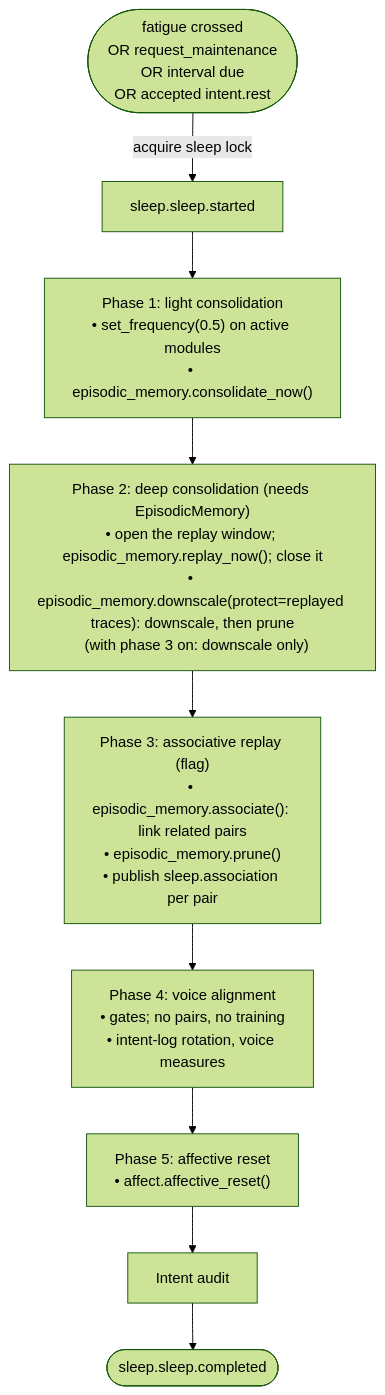
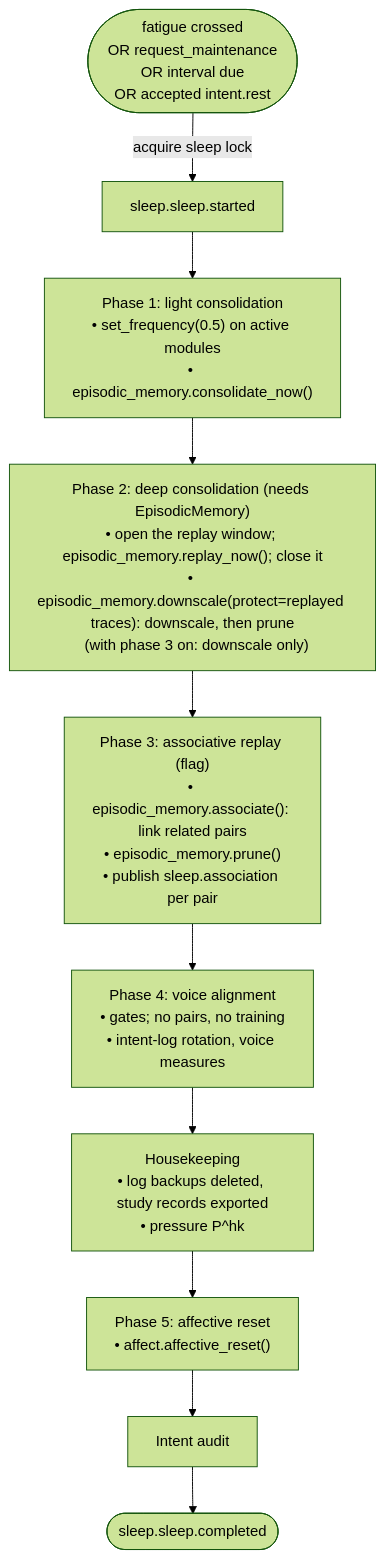
Before and after one commit to kaineone/kaine: the diagram in docs/09-modules/sleep.md, drawn with Mermaid (forest theme). The commit also changed other lines of this file and 42 other files, not shown here.

````diff
--- a/docs/09-modules/sleep.md
+++ b/docs/09-modules/sleep.md
@@ -52,16 +52,17 @@
 ```mermaid
 flowchart TD
     S([fatigue crossed\nOR request_maintenance\nOR interval due\nOR accepted intent.rest]) -->|acquire sleep lock| ST[sleep.sleep.started]
     ST --> P1
     P1["Phase 1: light consolidation\n• set_frequency(0.5) on active modules\n• episodic_memory.consolidate_now()"]
     P1 --> P2
     P2["Phase 2: deep consolidation (needs EpisodicMemory)\n• open the replay window; episodic_memory.replay_now(); close it\n• episodic_memory.downscale(protect=replayed traces): downscale, then prune\n  (with phase 3 on: downscale only)"]
     P2 --> P3
     P3["Phase 3: associative replay (flag)\n• episodic_memory.associate(): link related pairs\n• episodic_memory.prune()\n• publish sleep.association per pair"]
     P3 --> P4
     P4["Phase 4: voice alignment\n• gates; no pairs, no training\n• intent-log rotation, voice measures"]
-    P4 --> P5
+    P4 --> HK["Housekeeping\n• log backups deleted, study records exported\n• pressure P^hk"]
+    HK --> P5
     P5["Phase 5: affective reset\n• affect.affective_reset()"]
     P5 --> R[Intent audit]
     R --> E([sleep.sleep.completed])
 ```
````
